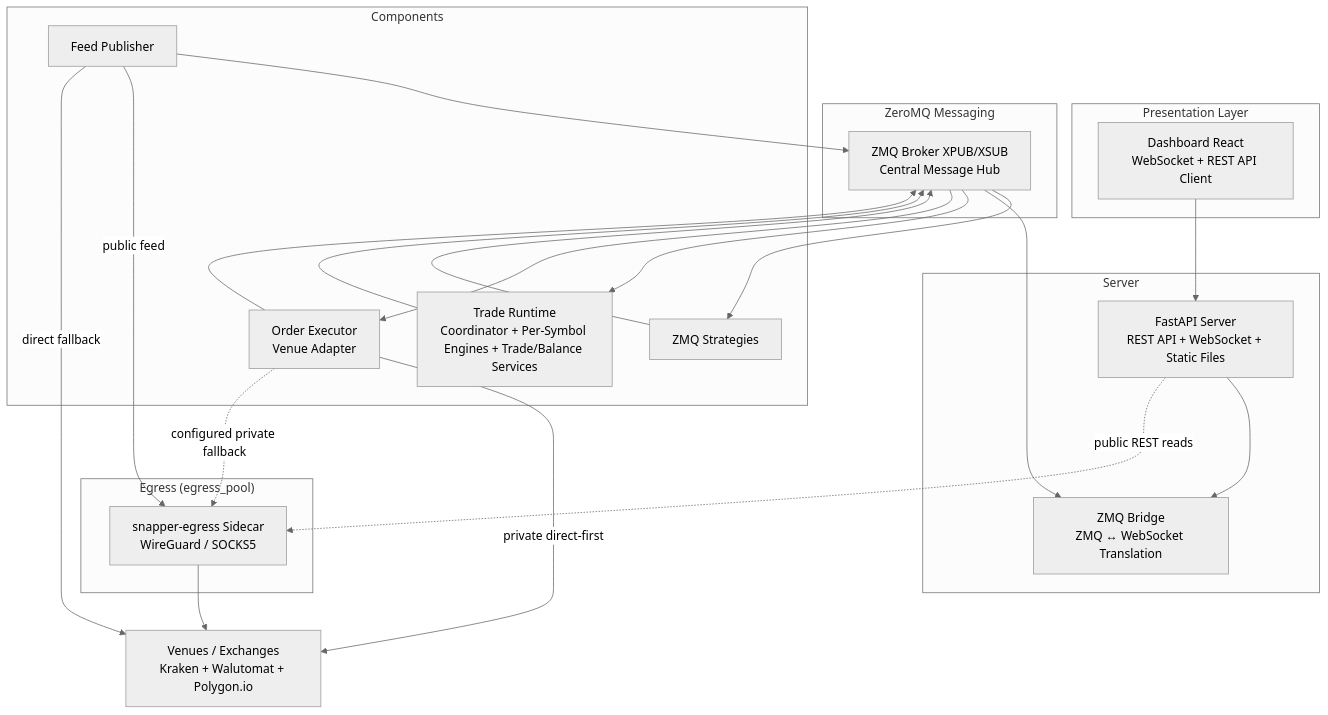
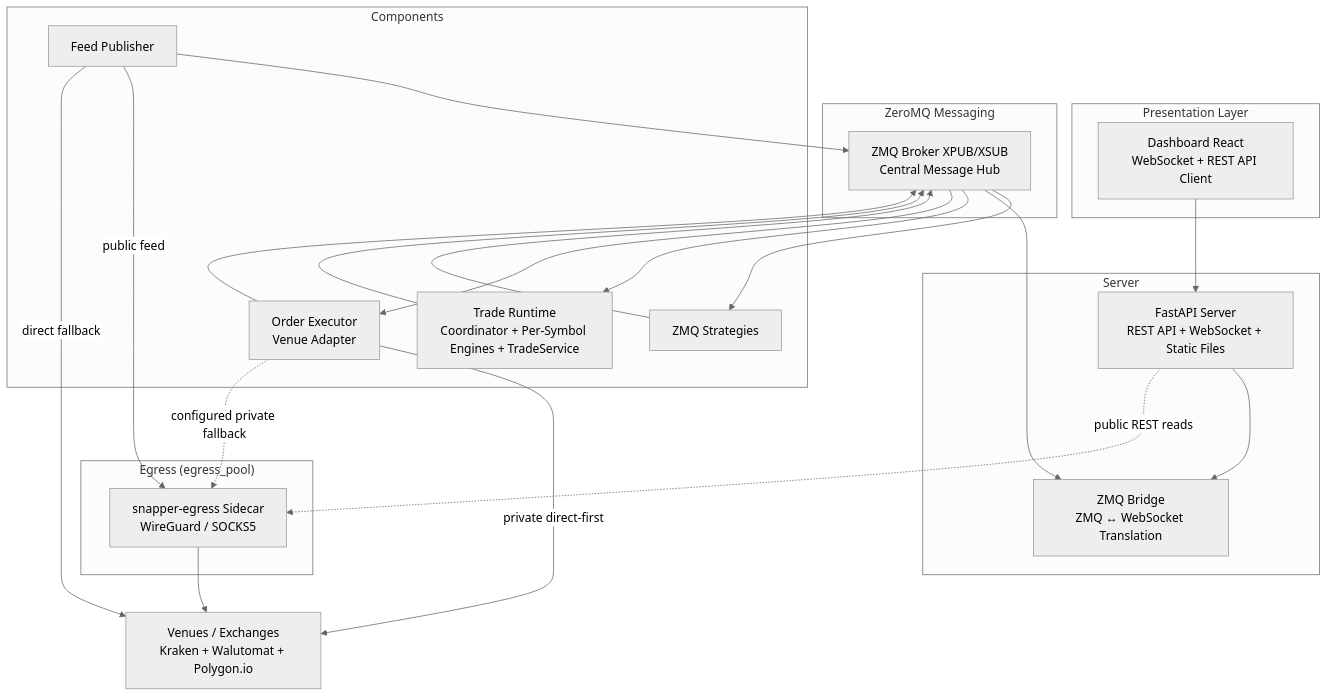
Before and after one commit to mateusz-klatt/snapper: the diagram in README.md, drawn with Mermaid (neutral theme). The commit also changed other lines of this file and 2 other files, not shown here.

````diff
--- a/README.md
+++ b/README.md
@@ -282,45 +282,45 @@
 ```mermaid
 flowchart TB
     subgraph Presentation["Presentation Layer"]
         Dashboard["Dashboard React<br/>WebSocket + REST API Client"]
     end
 
     subgraph Server["Server"]
         FastAPI["FastAPI Server<br/>REST API + WebSocket + Static Files"]
         Bridge["ZMQ Bridge<br/>ZMQ ↔ WebSocket Translation"]
     end
 
     subgraph Messaging["ZeroMQ Messaging"]
         Broker["ZMQ Broker XPUB/XSUB<br/>Central Message Hub"]
     end
 
     subgraph Components["Components"]
         Feed["Feed Publisher"]
         Strategies["ZMQ Strategies"]
-        Runtime["Trade Runtime<br/>Coordinator + Per-Symbol Engines + Trade/Balance Services"]
+        Runtime["Trade Runtime<br/>Coordinator + Per-Symbol Engines + TradeService"]
         Executor["Order Executor<br/>Venue Adapter"]
     end
 
     subgraph Egress["Egress (egress_pool)"]
         EgressSidecar["snapper-egress Sidecar<br/>WireGuard / SOCKS5"]
     end
 
     Venues["Venues / Exchanges<br/>Kraken + Walutomat + Polygon.io"]
 
     Dashboard --> FastAPI
     FastAPI --> Bridge
     FastAPI -. "public REST reads" .-> EgressSidecar
     Feed --> Broker
     Feed -- "public feed" --> EgressSidecar
     EgressSidecar --> Venues
     Feed -- "direct fallback" --> Venues
     Executor -- "private direct-first" --> Venues
     Executor -. "configured private fallback" .-> EgressSidecar
     Strategies --> Broker
     Broker --> Strategies
     Runtime --> Broker
     Broker --> Bridge
     Broker --> Runtime
     Executor --> Broker
     Broker --> Executor
 ```
````
